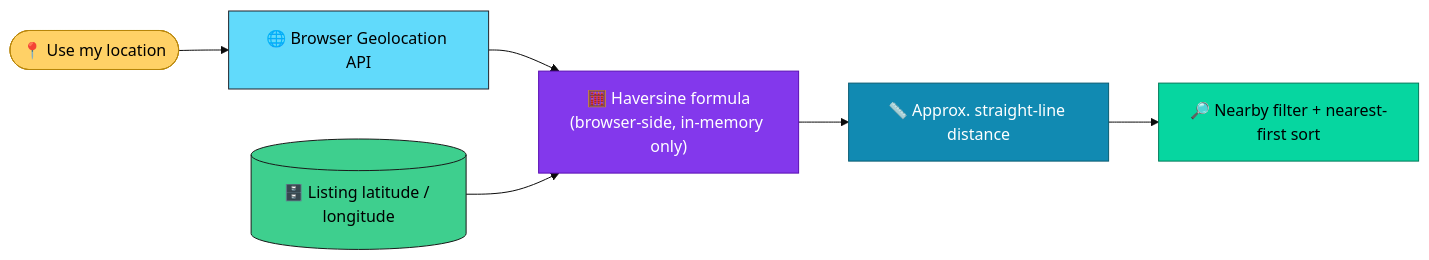
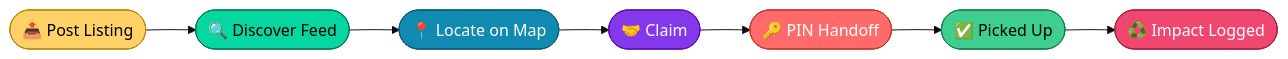
The first of 8 diagrams in README.md (still-trying/food-rescue), drawn with Mermaid (base theme) before and after one commit. The commit also changed other lines of this file, not shown here.

Commit message:
docs: professional README with Mermaid architecture, sequence, schema, lifecycle, security, and CI/CD diagrams

````diff
--- a/README.md
+++ b/README.md
@@ -200,15 +70,25 @@
 ```mermaid
 flowchart LR
-    A(["📍 Use my location"]) --> B["🌐 Browser Geolocation API"]
-    B --> C["🧮 Haversine formula<br/>(browser-side, in-memory only)"]
-    D[("🗄️ Listing latitude / longitude")] --> C
-    C --> E["📏 Approx. straight-line distance"]
-    E --> F["🔎 Nearby filter + nearest-first sort"]
+    A(["📤 Post Listing"])
+    B(["🔍 Discover Feed"])
+    C(["📍 Locate on Map"])
+    D(["🤝 Claim"])
+    E(["🔑 PIN Handoff"])
+    F(["✅ Picked Up"])
+    G(["♻️ Impact Logged"])
+
+    A --> B
+    B --> C
+    C --> D
+    D --> E
+    E --> F
+    F --> G
 
     style A fill:#FFD166,stroke:#b8860b,color:#000000
-    style B fill:#61DAFB,stroke:#20232a,color:#000000
-    style C fill:#8338EC,stroke:#5b0fb3,color:#ffffff
-    style D fill:#3ECF8E,stroke:#1a1a1a,color:#000000
-    style E fill:#118AB2,stroke:#0b5c73,color:#ffffff
-    style F fill:#06D6A0,stroke:#04795a,color:#000000
+    style B fill:#06D6A0,stroke:#04795a,color:#000000
+    style C fill:#118AB2,stroke:#0b5c73,color:#ffffff
+    style D fill:#8338EC,stroke:#5b0fb3,color:#ffffff
+    style E fill:#FF6B6B,stroke:#c0392b,color:#ffffff
+    style F fill:#3ECF8E,stroke:#1a7a52,color:#000000
+    style G fill:#EF476F,stroke:#a3223f,color:#ffffff
 ```
````
